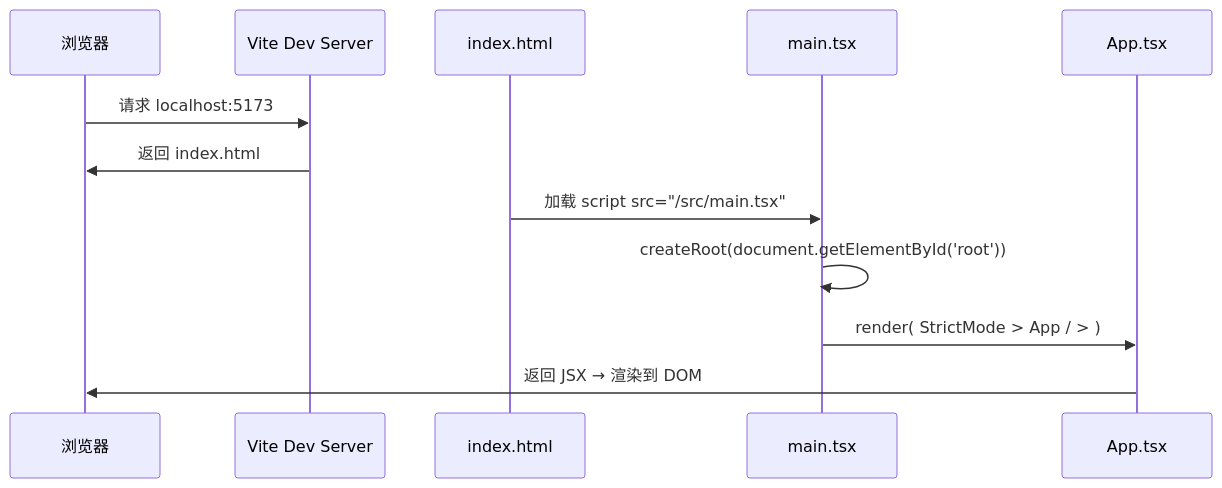
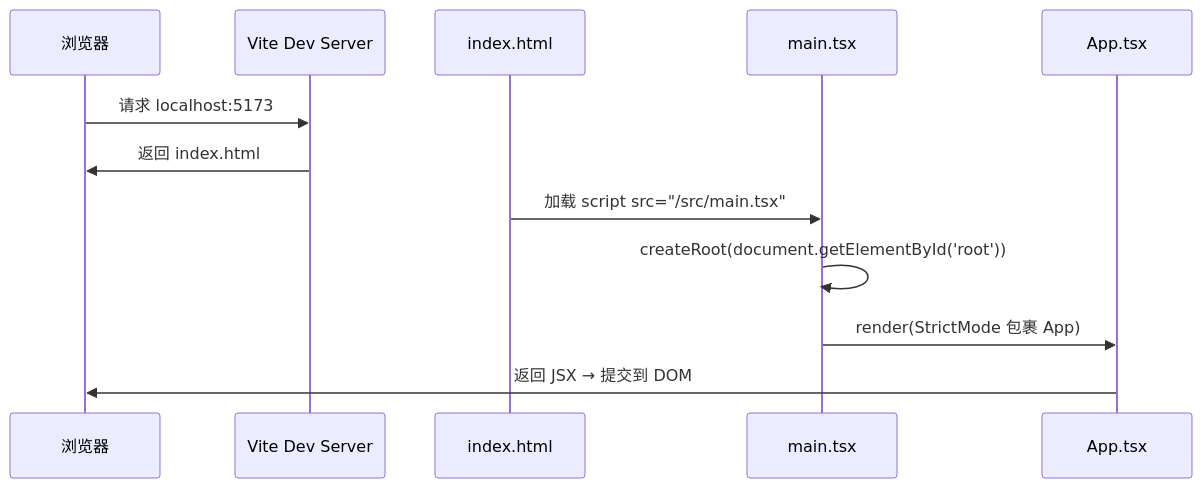
One commit to boltguo/react_learn changed the second of 8 diagrams in docs/Lesson_01.md. Above: the diagram before and after it, drawn with Mermaid. The commit also changed other lines of this file and 31 other files, not shown here.

Commit message:
docs: 统一Mermaid术语与配色层级

````diff
--- a/docs/Lesson_01.md
+++ b/docs/Lesson_01.md
@@ -103,15 +115,15 @@
 ```mermaid
 sequenceDiagram
     participant Browser as 浏览器
     participant Vite as Vite Dev Server
     participant HTML as index.html
     participant Main as main.tsx
     participant App as App.tsx
 
     Browser->>Vite: 请求 localhost:5173
     Vite->>Browser: 返回 index.html
     HTML->>Main: 加载 script src="/src/main.tsx"
     Main->>Main: createRoot(document.getElementById('root'))
-    Main->>App: render( StrictMode > App / > )
-    App->>Browser: 返回 JSX → 渲染到 DOM
+    Main->>App: render(StrictMode 包裹 App)
+    App->>Browser: 返回 JSX → 提交到 DOM
 ```
````
